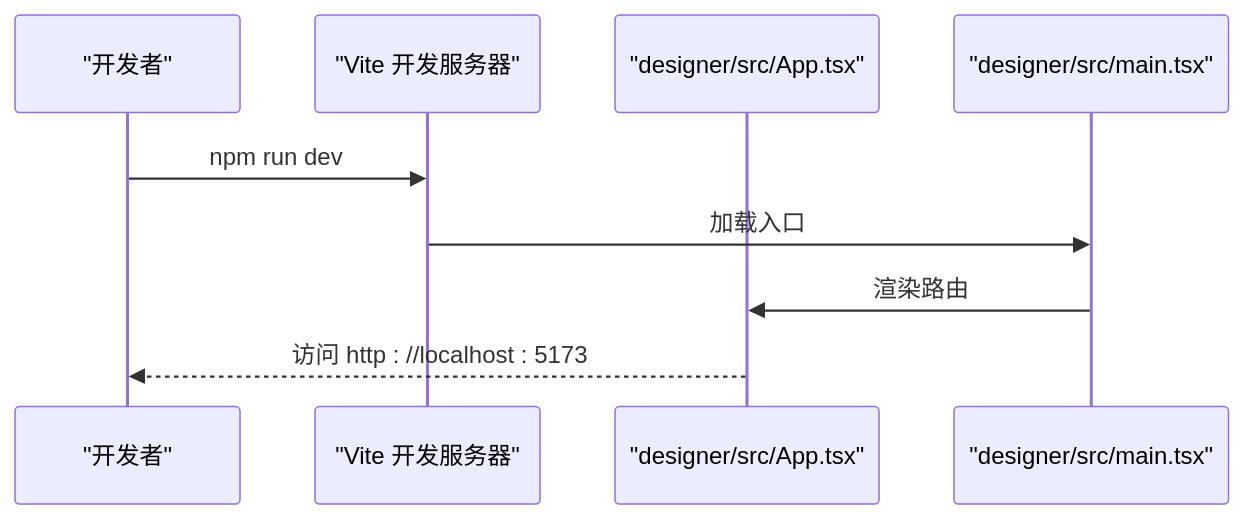
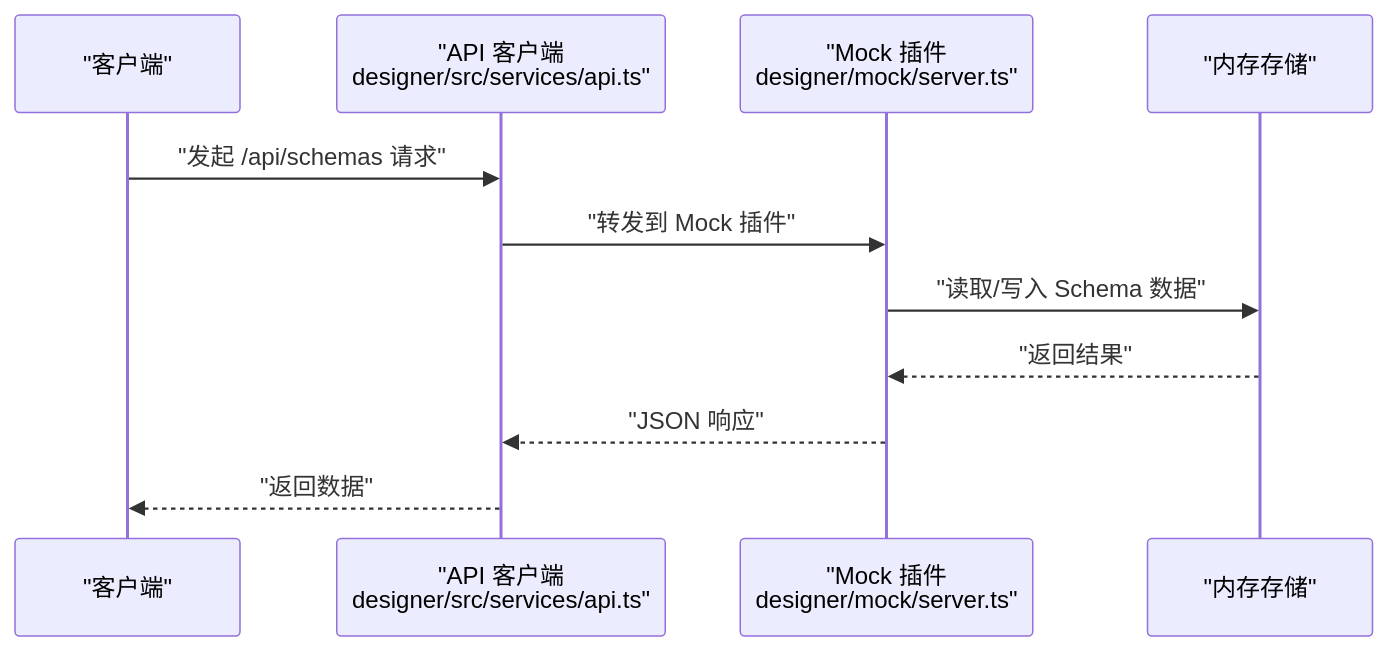
One commit to joker-yjc/printer changed the sixth of 8 diagrams in .qoder/repowiki/zh/content/快速开始.md. Above: the diagram before and after it, drawn with Mermaid. The commit also changed other lines of this file and 274 other files, not shown here.

````diff
--- a/.qoder/repowiki/zh/content/快速开始.md
+++ b/.qoder/repowiki/zh/content/快速开始.md
@@ -179,11 +247,13 @@
 ```mermaid
 sequenceDiagram
-participant Dev as "开发者"
-participant Vite as "Vite 开发服务器"
-participant App as "designer/src/App.tsx"
-participant Main as "designer/src/main.tsx"
-Dev->>Vite : npm run dev
-Vite->>Main : 加载入口
-Main->>App : 渲染路由
-App-->>Dev : 访问 http : //localhost : 5173
+participant C as "客户端"
+participant A as "API 客户端<br/>designer/src/services/api.ts"
+participant M as "Mock 插件<br/>designer/mock/server.ts"
+participant S as "内存存储"
+C->>A : "发起 /api/schemas 请求"
+A->>M : "转发到 Mock 插件"
+M->>S : "读取/写入 Schema 数据"
+S-->>M : "返回结果"
+M-->>A : "JSON 响应"
+A-->>C : "返回数据"
 ```
````
